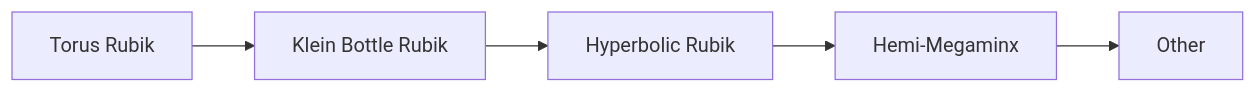
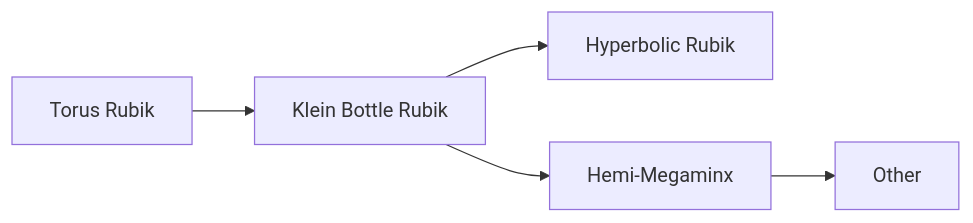
The third of 4 diagrams in docs/progression.md (Hypercubers/hypercubing.xyz), drawn with Mermaid before and after one commit.

Commit message:
Change hemimegaminx's position in progression

````diff
--- a/docs/progression.md
+++ b/docs/progression.md
@@ -63,9 +63,10 @@
 ```mermaid
 flowchart LR
     A[Torus Rubik]
     B[Klein Bottle Rubik]
     C[Hyperbolic Rubik]
     E[Hemi-Megaminx]
     D[Other]
-    A --> B --> C --> E --> D
+    A --> B --> C
+    B --> E --> D
 ```
````
